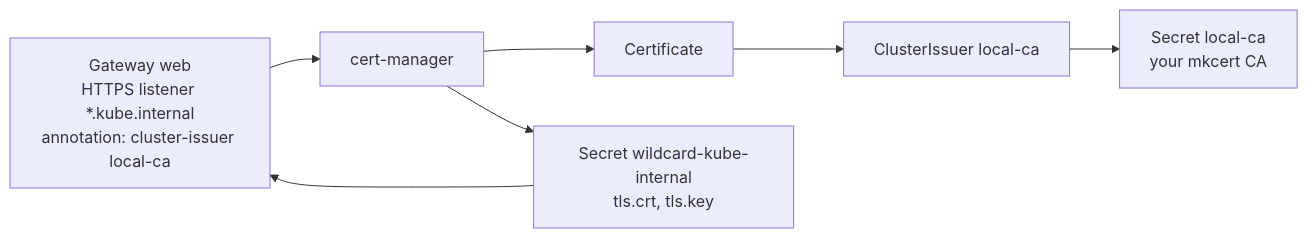
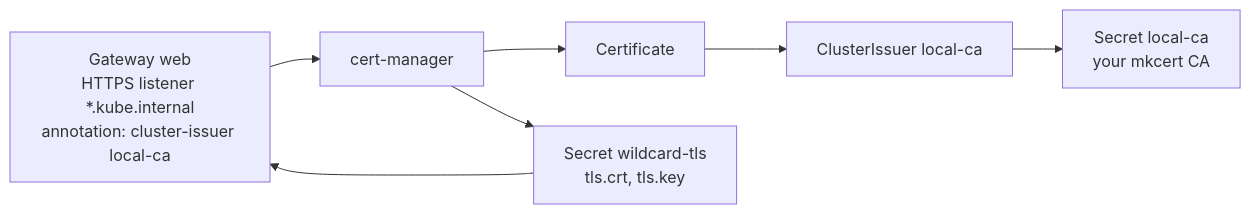
Before and after one commit to bourbonfgiles/kube_local: the diagram in docs/04-cert-manager.md, drawn with Mermaid. The commit also changed other lines of this file and 12 other files, not shown here.

````diff
--- a/docs/04-cert-manager.md
+++ b/docs/04-cert-manager.md
@@ -23,9 +23,9 @@
 ```mermaid
 flowchart LR
   gw["Gateway web<br/>HTTPS listener *.kube.internal<br/>annotation: cluster-issuer local-ca"] --> cm["cert-manager"]
   cm --> cert["Certificate"]
   cert --> iss["ClusterIssuer local-ca"]
   iss --> ca["Secret local-ca<br/>your mkcert CA"]
-  cm --> tls["Secret wildcard-kube-internal<br/>tls.crt, tls.key"]
+  cm --> tls["Secret wildcard-tls<br/>tls.crt, tls.key"]
   tls --> gw
 ```
````
